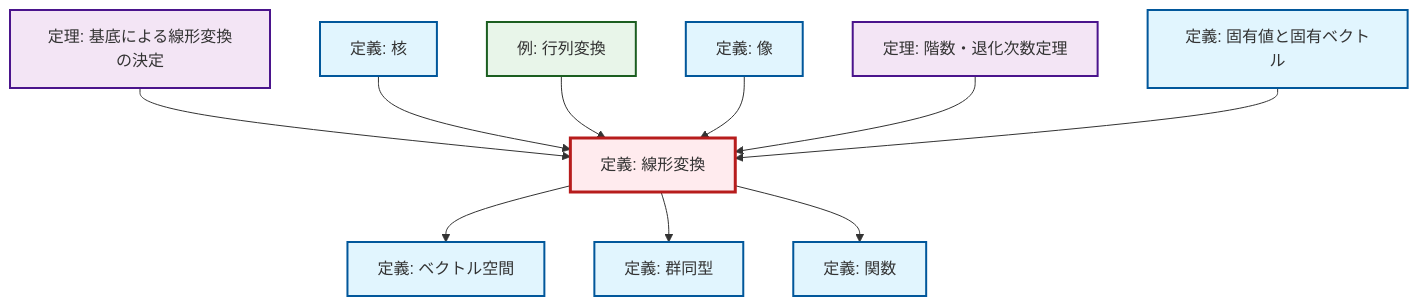
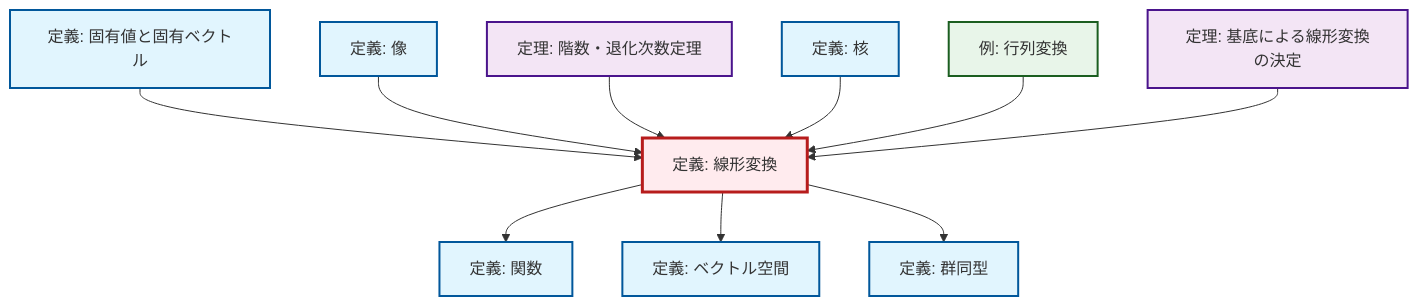
The diagram in content/ja/algebra/def-linear-transformation.qmd (RK0429/ModernMath), drawn with Mermaid before and after one commit. The commit also changed other lines of this file and 1012 other files, not shown here.

````diff
--- a/content/ja/algebra/def-linear-transformation.qmd
+++ b/content/ja/algebra/def-linear-transformation.qmd
@@ -48,38 +48,38 @@
 ```{mermaid}
 %%| fig-cap: "Local dependency graph"
 graph TD
     classDef definition fill:#e1f5fe,stroke:#01579b,stroke-width:2px
     classDef theorem fill:#f3e5f5,stroke:#4a148c,stroke-width:2px
     classDef axiom fill:#fff3e0,stroke:#e65100,stroke-width:2px
     classDef example fill:#e8f5e9,stroke:#1b5e20,stroke-width:2px
     classDef current fill:#ffebee,stroke:#b71c1c,stroke-width:3px
-    ex-matrix-transformation["例: 行列変換"]:::example
-    def-image["定義: 像"]:::definition
-    def-linear-transformation["定義: 線形変換"]:::definition
+    def-kernel["定義: 核"]:::definition
     thm-linear-transformation-basis["定理: 基底による線形変換の決定"]:::theorem
     def-vector-space["定義: ベクトル空間"]:::definition
+    def-isomorphism["定義: 群同型"]:::definition
+    def-linear-transformation["定義: 線形変換"]:::definition
+    thm-rank-nullity["定理: 階数・退化次数定理"]:::theorem
+    def-image["定義: 像"]:::definition
+    def-eigenvalue-eigenvector["定義: 固有値と固有ベクトル"]:::definition
     def-function["定義: 関数"]:::definition
-    def-eigenvalue-eigenvector["定義: 固有値と固有ベクトル"]:::definition
-    def-isomorphism["定義: 群同型"]:::definition
-    thm-rank-nullity["定理: 階数・退化次数定理"]:::theorem
-    def-kernel["定義: 核"]:::definition
-    def-linear-transformation --> def-vector-space
-    def-linear-transformation --> def-isomorphism
-    thm-linear-transformation-basis --> def-linear-transformation
-    def-kernel --> def-linear-transformation
-    ex-matrix-transformation --> def-linear-transformation
+    ex-matrix-transformation["例: 行列変換"]:::example
+    def-eigenvalue-eigenvector --> def-linear-transformation
     def-image --> def-linear-transformation
     def-linear-transformation --> def-function
+    def-linear-transformation --> def-vector-space
     thm-rank-nullity --> def-linear-transformation
-    def-eigenvalue-eigenvector --> def-linear-transformation
+    def-kernel --> def-linear-transformation
+    def-linear-transformation --> def-isomorphism
+    ex-matrix-transformation --> def-linear-transformation
+    thm-linear-transformation-basis --> def-linear-transformation
     class def-linear-transformation current
-    click ex-matrix-transformation "ex-matrix-transformation.html" "行列変換の例へ"
-    click def-image "def-image.html" "像の定義へ"
+    click def-kernel "def-kernel.html" "核の定義へ"
     click thm-linear-transformation-basis "thm-linear-transformation-basis.html" "基底による線形変換の決定の定理へ"
     click def-vector-space "def-vector-space.html" "ベクトル空間の定義へ"
-    click def-function "def-function.html" "関数の定義へ"
-    click def-eigenvalue-eigenvector "def-eigenvalue-eigenvector.html" "固有値と固有ベクトルの定義へ"
     click def-isomorphism "def-isomorphism.html" "群同型の定義へ"
     click thm-rank-nullity "thm-rank-nullity.html" "階数・退化次数定理の定理へ"
-    click def-kernel "def-kernel.html" "核の定義へ"
+    click def-image "def-image.html" "像の定義へ"
+    click def-eigenvalue-eigenvector "def-eigenvalue-eigenvector.html" "固有値と固有ベクトルの定義へ"
+    click def-function "def-function.html" "関数の定義へ"
+    click ex-matrix-transformation "ex-matrix-transformation.html" "行列変換の例へ"
 ```
````
